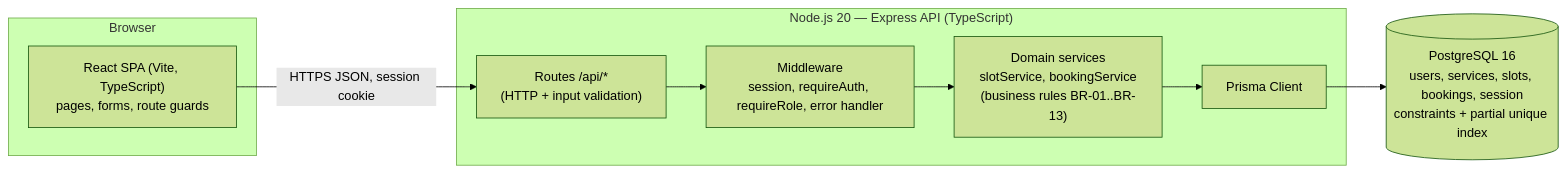
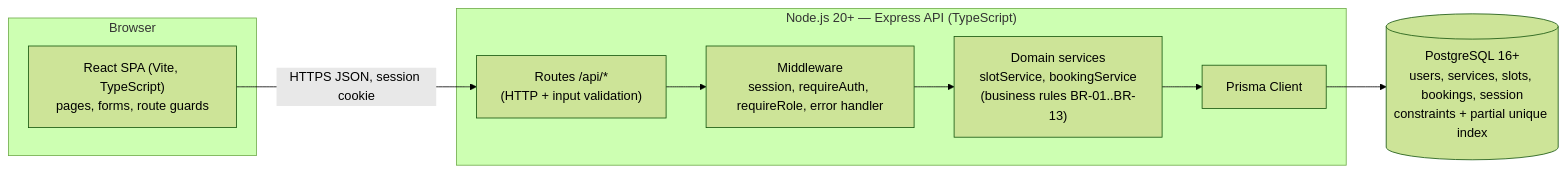
The first of 2 diagrams in docs/system-sds.md (amraneyanis2006-cmyk/slotbook), drawn with Mermaid (forest theme) before and after one commit. The commit also changed other lines of this file and 4 other files, not shown here.

````diff
--- a/docs/system-sds.md
+++ b/docs/system-sds.md
@@ -10,15 +10,15 @@
 ```mermaid
 flowchart LR
   subgraph Browser
     UI["React SPA (Vite, TypeScript)<br/>pages, forms, route guards"]
   end
-  subgraph Server["Node.js 20 — Express API (TypeScript)"]
+  subgraph Server["Node.js 20+ — Express API (TypeScript)"]
     R["Routes /api/*<br/>(HTTP + input validation)"]
     M["Middleware<br/>session, requireAuth, requireRole, error handler"]
     S["Domain services<br/>slotService, bookingService<br/>(business rules BR-01..BR-13)"]
     P["Prisma Client"]
   end
-  DB[("PostgreSQL 16<br/>users, services, slots, bookings, session<br/>constraints + partial unique index")]
+  DB[("PostgreSQL 16+<br/>users, services, slots, bookings, session<br/>constraints + partial unique index")]
   UI -- "HTTPS JSON, session cookie" --> R
   R --> M --> S --> P --> DB
 ```
````
